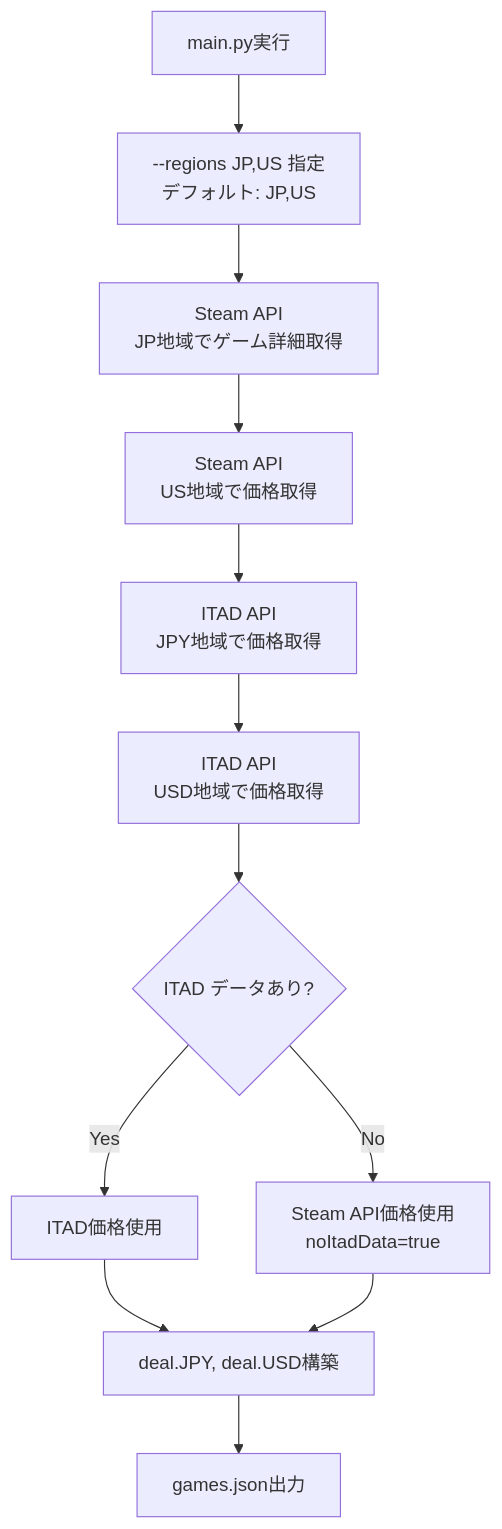
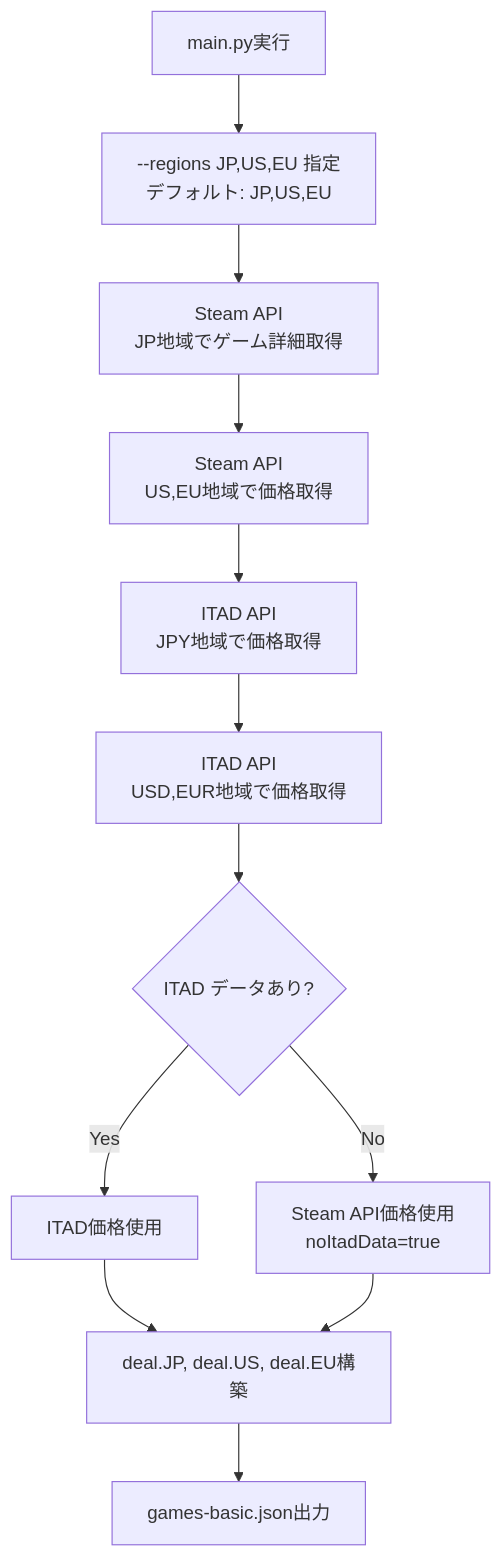
The diagram in docs/features/MULTI_REGION_PRICING.md (vibecoder-lab/game-seeker-vault), drawn with Mermaid before and after one commit. The commit also changed other lines of this file and 12 other files, not shown here.

````diff
--- a/docs/features/MULTI_REGION_PRICING.md
+++ b/docs/features/MULTI_REGION_PRICING.md
@@ -139,14 +153,14 @@
 ```mermaid
 graph TD
-    A[main.py実行] --> B[--regions JP,US 指定<br/>デフォルト: JP,US]
+    A[main.py実行] --> B[--regions JP,US,EU 指定<br/>デフォルト: JP,US,EU]
     B --> C[Steam API<br/>JP地域でゲーム詳細取得]
-    C --> D[Steam API<br/>US地域で価格取得]
+    C --> D[Steam API<br/>US,EU地域で価格取得]
     D --> E[ITAD API<br/>JPY地域で価格取得]
-    E --> F[ITAD API<br/>USD地域で価格取得]
+    E --> F[ITAD API<br/>USD,EUR地域で価格取得]
     F --> G{ITAD データあり?}
     G -->|Yes| H[ITAD価格使用]
     G -->|No| I[Steam API価格使用<br/>noItadData=true]
-    H --> J[deal.JPY, deal.USD構築]
+    H --> J[deal.JP, deal.US, deal.EU構築]
     I --> J
-    J --> K[games.json出力]
+    J --> K[games-basic.json出力]
 ```
````
